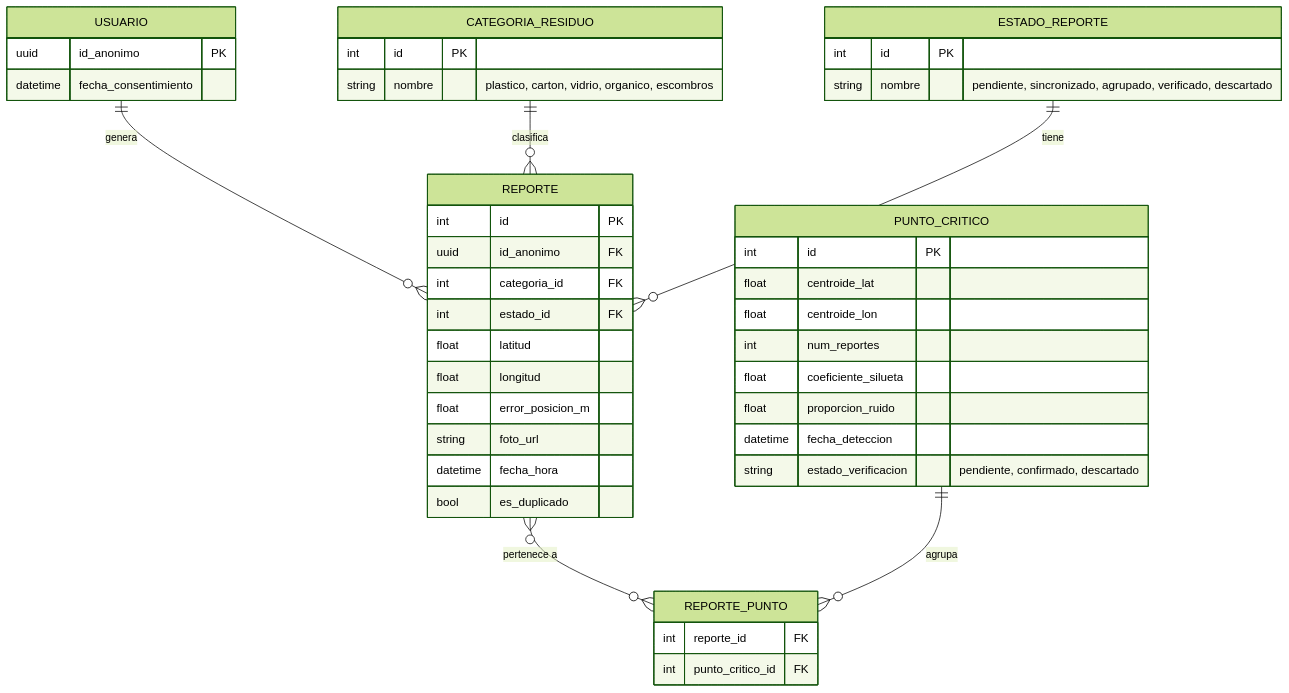
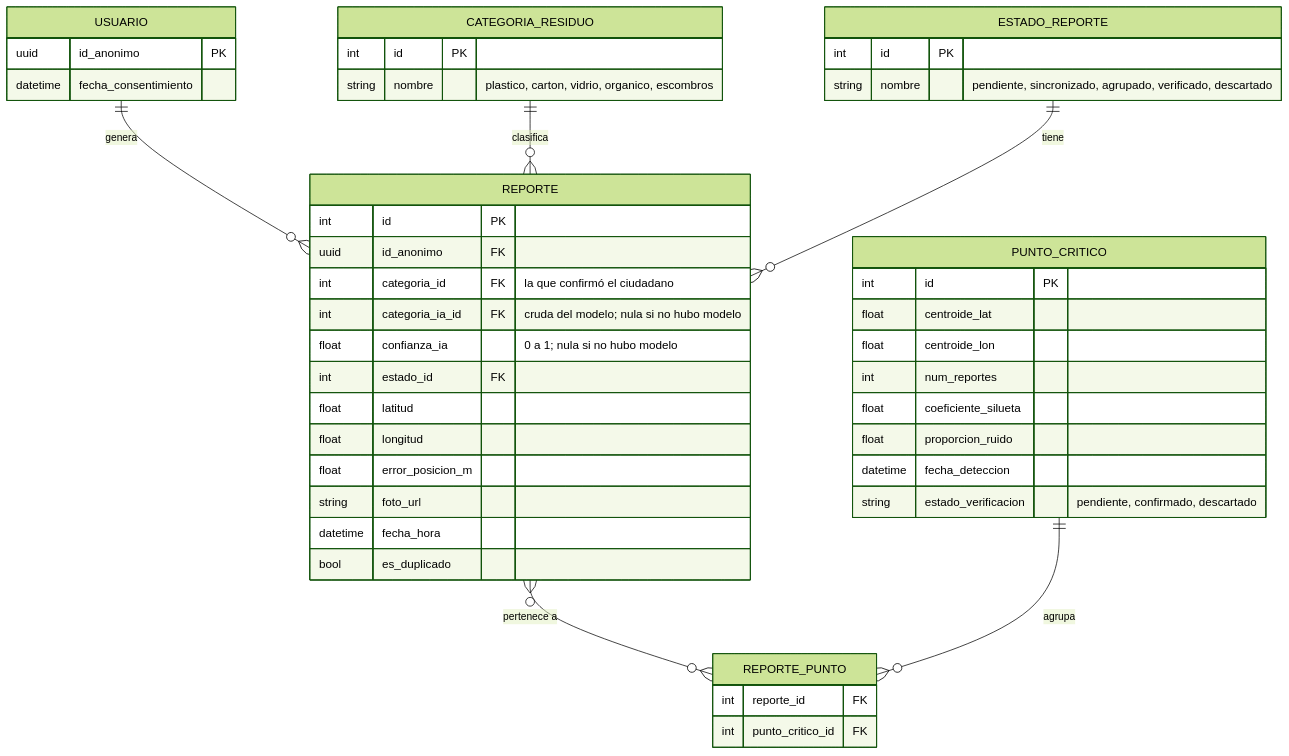
One commit to Romelary/wanchac_app changed the fourth of 6 diagrams in docs/diseno.md. Above: the diagram before and after it, drawn with Mermaid (forest theme). The commit also changed other lines of this file and 64 other files, not shown here.

````diff
--- a/docs/diseno.md
+++ b/docs/diseno.md
@@ -229,47 +231,49 @@
 ```mermaid
 erDiagram
     USUARIO ||--o{ REPORTE : "genera"
     CATEGORIA_RESIDUO ||--o{ REPORTE : "clasifica"
     ESTADO_REPORTE ||--o{ REPORTE : "tiene"
     REPORTE }o--o{ REPORTE_PUNTO : "pertenece a"
     PUNTO_CRITICO ||--o{ REPORTE_PUNTO : "agrupa"
 
     USUARIO {
         uuid id_anonimo PK
         datetime fecha_consentimiento
     }
     CATEGORIA_RESIDUO {
         int id PK
         string nombre "plastico, carton, vidrio, organico, escombros"
     }
     ESTADO_REPORTE {
         int id PK
         string nombre "pendiente, sincronizado, agrupado, verificado, descartado"
     }
     REPORTE {
         int id PK
         uuid id_anonimo FK
-        int categoria_id FK
+        int categoria_id FK "la que confirmó el ciudadano"
+        int categoria_ia_id FK "cruda del modelo; nula si no hubo modelo"
+        float confianza_ia "0 a 1; nula si no hubo modelo"
         int estado_id FK
         float latitud
         float longitud
         float error_posicion_m
         string foto_url
         datetime fecha_hora
         bool es_duplicado
     }
     PUNTO_CRITICO {
         int id PK
         float centroide_lat
         float centroide_lon
         int num_reportes
         float coeficiente_silueta
         float proporcion_ruido
         datetime fecha_deteccion
         string estado_verificacion "pendiente, confirmado, descartado"
     }
     REPORTE_PUNTO {
         int reporte_id FK
         int punto_critico_id FK
     }
 ```
````
